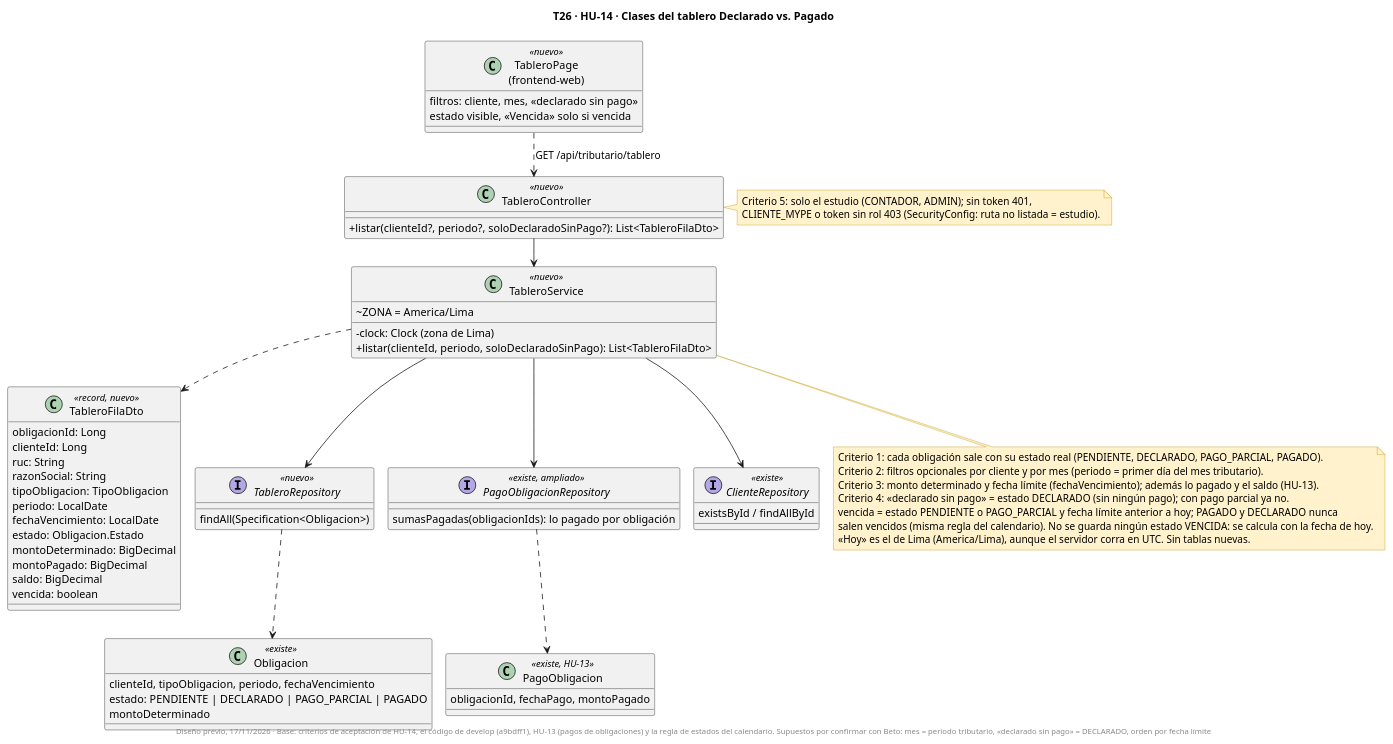
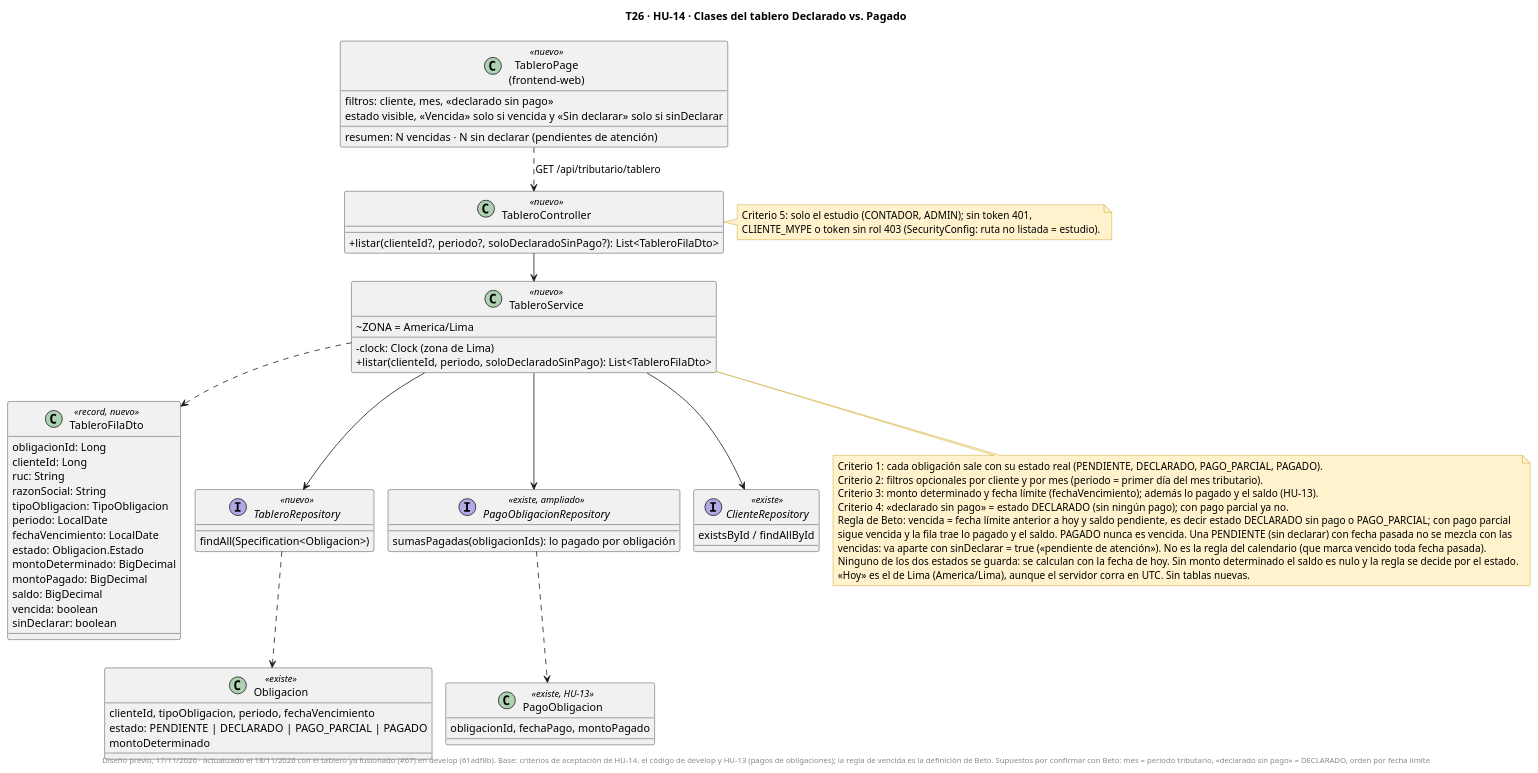
Before and after one commit to fabianrodriguez33/plus-contable: the diagram in docs/uml/T26-HU14-clases.puml, drawn with PlantUML. The commit also changed 4 other files, not shown here.

Commit message:
HU-14 (T26): diagramas del tablero con la regla de vencida de Beto ya fusionada: vencida con saldo pendiente y sinDeclarar aparte

```diff
--- a/docs/uml/T26-HU14-clases.puml
+++ b/docs/uml/T26-HU14-clases.puml
@@ -1,86 +1,90 @@
 @startuml
 !pragma layout smetana
 title T26 · HU-14 · Clases del tablero Declarado vs. Pagado
 skinparam classAttributeIconSize 0
 skinparam shadowing false
 skinparam noteBackgroundColor #FFF2CC
 skinparam noteBorderColor #BF9000
 
 class TableroController <<nuevo>> {
   +listar(clienteId?, periodo?, soloDeclaradoSinPago?): List<TableroFilaDto>
 }
 
 class TableroService <<nuevo>> {
   ~ZONA = America/Lima
   -clock: Clock (zona de Lima)
   +listar(clienteId, periodo, soloDeclaradoSinPago): List<TableroFilaDto>
 }
 
 class TableroFilaDto <<record, nuevo>> {
   obligacionId: Long
   clienteId: Long
   ruc: String
   razonSocial: String
   tipoObligacion: TipoObligacion
   periodo: LocalDate
   fechaVencimiento: LocalDate
   estado: Obligacion.Estado
   montoDeterminado: BigDecimal
   montoPagado: BigDecimal
   saldo: BigDecimal
   vencida: boolean
+  sinDeclarar: boolean
 }
 
 interface TableroRepository <<nuevo>> {
   findAll(Specification<Obligacion>)
 }
 
 class Obligacion <<existe>> {
   clienteId, tipoObligacion, periodo, fechaVencimiento
   estado: PENDIENTE | DECLARADO | PAGO_PARCIAL | PAGADO
   montoDeterminado
 }
 
 interface PagoObligacionRepository <<existe, ampliado>> {
   sumasPagadas(obligacionIds): lo pagado por obligación
 }
 
 class PagoObligacion <<existe, HU-13>> {
   obligacionId, fechaPago, montoPagado
 }
 
 interface ClienteRepository <<existe>> {
   existsById / findAllById
 }
 
 class "TableroPage\n(frontend-web)" as TP <<nuevo>> {
   filtros: cliente, mes, «declarado sin pago»
-  estado visible, «Vencida» solo si vencida
+  estado visible, «Vencida» solo si vencida y «Sin declarar» solo si sinDeclarar
+  resumen: N vencidas · N sin declarar (pendientes de atención)
 }
 
 TP ..> TableroController : GET /api/tributario/tablero
 TableroController --> TableroService
 TableroService --> TableroRepository
 TableroService --> PagoObligacionRepository
 TableroService --> ClienteRepository
 TableroService ..> TableroFilaDto
 TableroRepository ..> Obligacion
 PagoObligacionRepository ..> PagoObligacion
 
 note bottom of TableroService
   Criterio 1: cada obligación sale con su estado real (PENDIENTE, DECLARADO, PAGO_PARCIAL, PAGADO).
   Criterio 2: filtros opcionales por cliente y por mes (periodo = primer día del mes tributario).
   Criterio 3: monto determinado y fecha límite (fechaVencimiento); además lo pagado y el saldo (HU-13).
   Criterio 4: «declarado sin pago» = estado DECLARADO (sin ningún pago); con pago parcial ya no.
-  vencida = estado PENDIENTE o PAGO_PARCIAL y fecha límite anterior a hoy; PAGADO y DECLARADO nunca
-  salen vencidos (misma regla del calendario). No se guarda ningún estado VENCIDA: se calcula con la fecha de hoy.
+  Regla de Beto: vencida = fecha límite anterior a hoy y saldo pendiente, es decir estado DECLARADO sin pago o PAGO_PARCIAL; con pago parcial
+  sigue vencida y la fila trae lo pagado y el saldo. PAGADO nunca es vencida. Una PENDIENTE (sin declarar) con fecha pasada no se mezcla con las
+  vencidas: va aparte con sinDeclarar = true («pendiente de atención»). No es la regla del calendario (que marca vencido toda fecha pasada).
+  Ninguno de los dos estados se guarda: se calculan con la fecha de hoy. Sin monto determinado el saldo es nulo y la regla se decide por el estado.
   «Hoy» es el de Lima (America/Lima), aunque el servidor corra en UTC. Sin tablas nuevas.
 end note
 
 note right of TableroController
   Criterio 5: solo el estudio (CONTADOR, ADMIN); sin token 401,
   CLIENTE_MYPE o token sin rol 403 (SecurityConfig: ruta no listada = estudio).
 end note
 
-footer Diseño previo, 17/11/2026 · Base: criterios de aceptación de HU-14, el código de develop (a9bdff1), HU-13 (pagos de obligaciones) y la regla de estados del calendario. Supuestos por confirmar con Beto: mes = periodo tributario, «declarado sin pago» = DECLARADO, orden por fecha límite
+footer Diseño previo, 17/11/2026 · actualizado el 18/11/2026 con el tablero ya fusionado (#67) en develop (61adf8b). Base: criterios de aceptación de HU-14, el código de develop y HU-13 (pagos de obligaciones); la regla de vencida es la definición de Beto. Supuestos por confirmar con Beto: mes = periodo tributario, «declarado sin pago» = DECLARADO, orden por fecha límite
 @enduml
```
